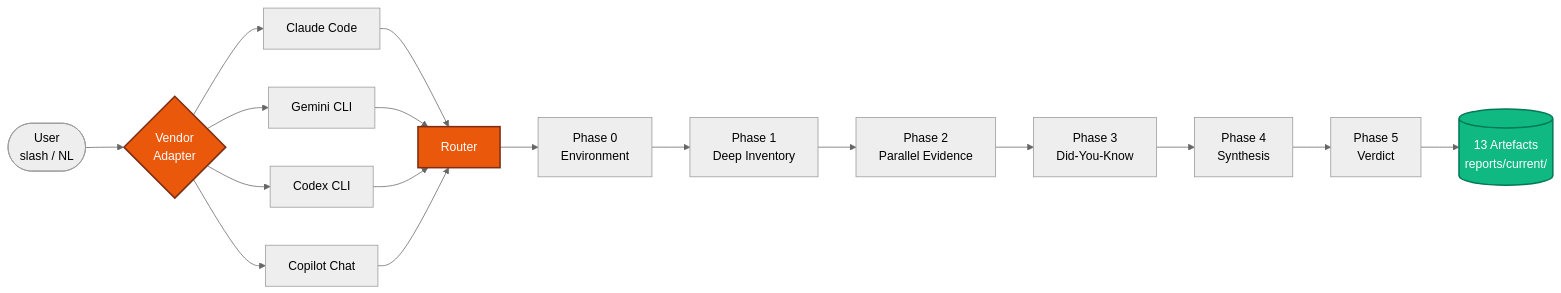
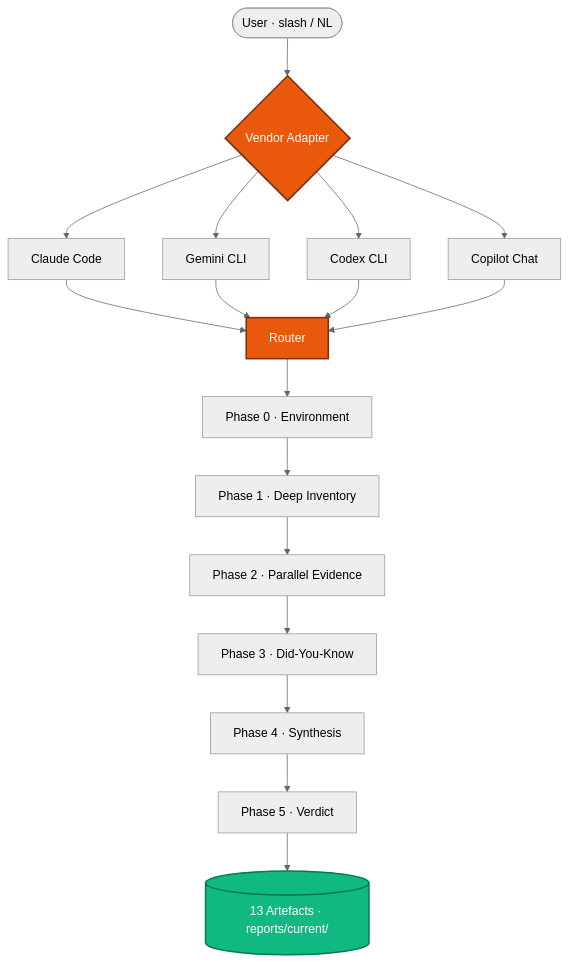
Before and after one commit to osrt91/ulak-os: the diagram in README.en.md, drawn with Mermaid (neutral theme). The commit also changed other lines of this file and 1 other file, not shown here.

Commit message:
docs(readme): arch diagram LR → TD + fix import-chain counts (#18)
**Diagram layout**
- flowchart LR → TD (top-down). The 6-phase + 4-vendor fan-in made the LR version ~1400px wide, forcing horizontal scroll on the README column (~980px on GitHub). TD stacks phases vertically so it fits without arrows.
- Node labels simplified: "<br>" line breaks → "·" separators. Slightly denser but same info.

**Import chain count fix** — the previous line was wrong:
- Was: "33 runtime rule + 22 governance + 3 vendor adapter"
- Now: "24 runtime rule + 17 governance + 4 vendor adapter"

Verified against disk:
- prompts/core/ulak-os-core-contract-2.0.0.md imports: 17 Runtime rules + 7 Operational motors = 24 docs/runtime/* files
- Same file imports: 17 docs/governance/* files
- docs/adapters/ contains 4 vendor-specific adapters (claude-code + gemini-cli + codex-cli + copilot-chat); universal-runtime-contract is a separate contract doc, not a vendor adapter

Mirror applied to README.en.md.

````diff
--- a/README.en.md
+++ b/README.en.md
@@ -96,22 +96,18 @@
 ```mermaid
-flowchart LR
-    U([User<br>slash / NL]) --> V{Vendor<br>Adapter}
-    V --> CC[Claude Code]
-    V --> GM[Gemini CLI]
-    V --> CX[Codex CLI]
-    V --> CP[Copilot Chat]
-
+flowchart TD
+    U([User · slash / NL]) --> V{Vendor Adapter}
+    V --> CC[Claude Code] & GM[Gemini CLI] & CX[Codex CLI] & CP[Copilot Chat]
     CC & GM & CX & CP --> R[Router]
-    R --> P0[Phase 0<br>Environment]
-    P0 --> P1[Phase 1<br>Deep Inventory]
-    P1 --> P2[Phase 2<br>Parallel Evidence]
-    P2 --> P3[Phase 3<br>Did-You-Know]
-    P3 --> P4[Phase 4<br>Synthesis]
-    P4 --> P5[Phase 5<br>Verdict]
-    P5 --> A[(13 Artefacts<br>reports/current/)]
+    R --> P0[Phase 0 · Environment]
+    P0 --> P1[Phase 1 · Deep Inventory]
+    P1 --> P2[Phase 2 · Parallel Evidence]
+    P2 --> P3[Phase 3 · Did-You-Know]
+    P3 --> P4[Phase 4 · Synthesis]
+    P4 --> P5[Phase 5 · Verdict]
+    P5 --> A[(13 Artefacts · reports/current/)]
 
     classDef primary fill:#ea580c,stroke:#7c2d12,color:#fff,stroke-width:2px
     classDef accent fill:#10b981,stroke:#047857,color:#fff,stroke-width:2px
     class V,R primary
     class A accent
 ```
````
